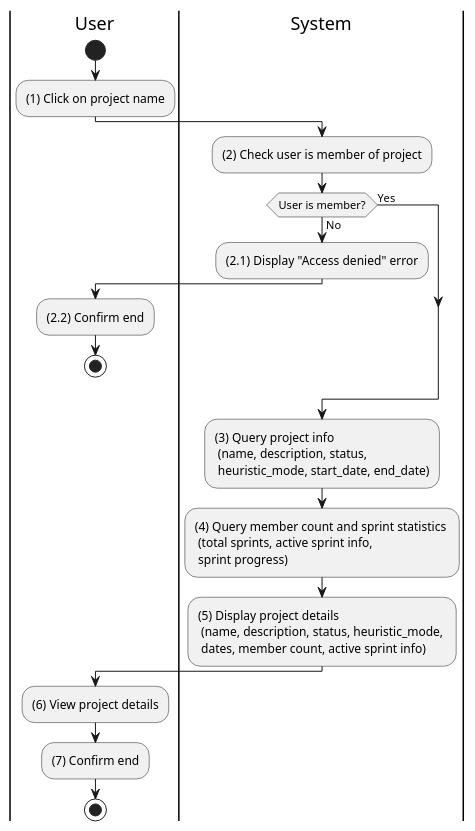
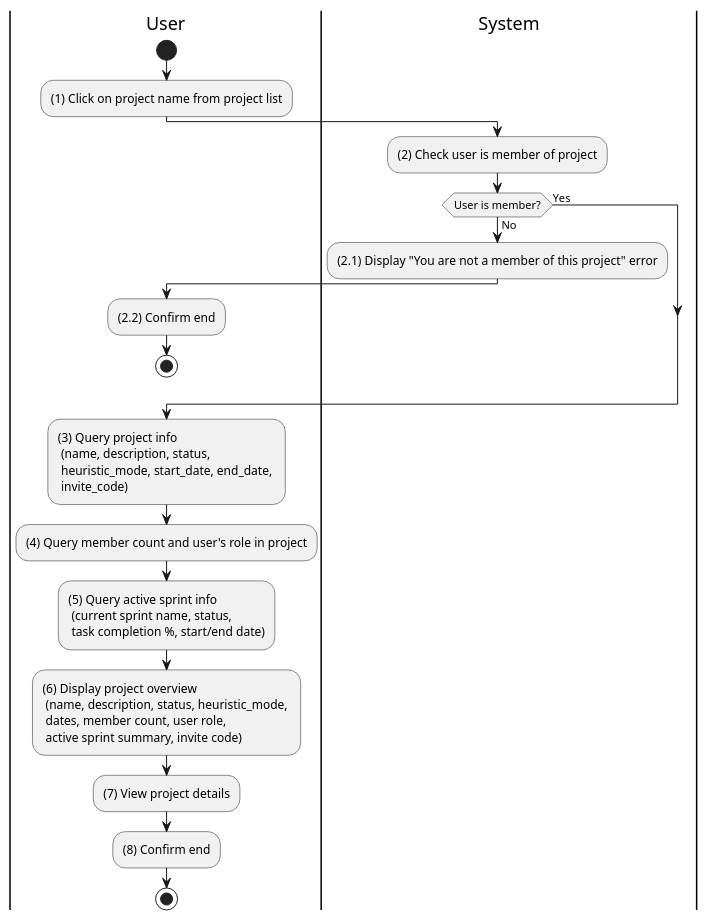
One commit to taskpilot-platform/taskpilot-platform.github.io changed the diagram in docs/docs/activity/project-management/view-project-details.md. Above: the diagram before and after it, drawn with PlantUML. The commit also changed 9 other files, not shown here.

First line of the commit message:
docs(activity): expand 10 short activity diagram files with detailed flows

````diff
--- a/docs/docs/activity/project-management/view-project-details.md
+++ b/docs/docs/activity/project-management/view-project-details.md
@@ -3,32 +3,32 @@
 ```plantuml
 @startuml
 |U|User
 |S|System
 
 |U|
 start
-:(1) Click on project name;
+:(1) Click on project name from project list;
 
 |S|
 :(2) Check user is member of project;
 
 if (User is member?) then (No)
-  :(2.1) Display "Access denied" error;
+  :(2.1) Display "You are not a member of this project" error;
   |U|
   :(2.2) Confirm end;
   stop
 else (Yes)
 endif
 
-|S|
-:(3) Query project info \n (name, description, status, \n heuristic_mode, start_date, end_date);
-:(4) Query member count and sprint statistics \n (total sprints, active sprint info, \n sprint progress);
-:(5) Display project details \n (name, description, status, heuristic_mode, \n dates, member count, active sprint info);
+:(3) Query project info \n (name, description, status, \n heuristic_mode, start_date, end_date, \n invite_code);
+:(4) Query member count and user's role in project;
+:(5) Query active sprint info \n (current sprint name, status, \n task completion %, start/end date);
+:(6) Display project overview \n (name, description, status, heuristic_mode, \n dates, member count, user role, \n active sprint summary, invite code);
 
 |U|
-:(6) View project details;
-:(7) Confirm end;
+:(7) View project details;
+:(8) Confirm end;
 
 stop
 @enduml
 ```
````
